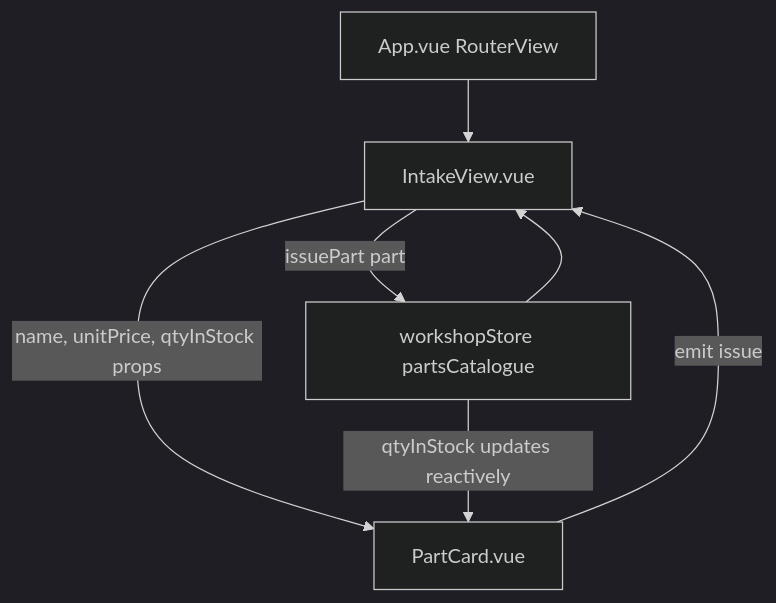
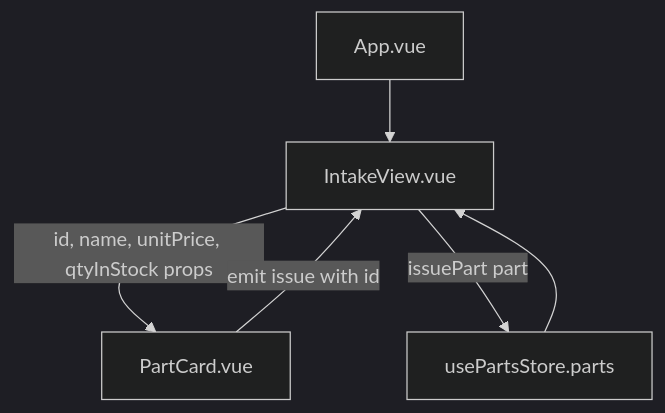
The first of 2 diagrams in THEORY.md (nekesam/oas-bay-intake), drawn with Mermaid (dark theme) before and after one commit. The commit also changed other lines of this file, not shown here.

````diff
--- a/THEORY.md
+++ b/THEORY.md
@@ -51,9 +47,8 @@
-~~~mermaid
+```mermaid
 flowchart TD
-  A[App.vue RouterView] --> B[IntakeView.vue]
-  D[workshopStore partsCatalogue] --> B
-  B -- name, unitPrice, qtyInStock props --> C[PartCard.vue]
-  C -- emit issue --> B
-  B -- issuePart part --> D
-  D -- qtyInStock updates reactively --> C
-~~~
+  A[App.vue] --> B[IntakeView.vue]
+  P[usePartsStore.parts] --> B
+  B -- id, name, unitPrice, qtyInStock props --> C[PartCard.vue]
+  C -- emit issue with id --> B
+  B -- issuePart part --> P
+```
````
